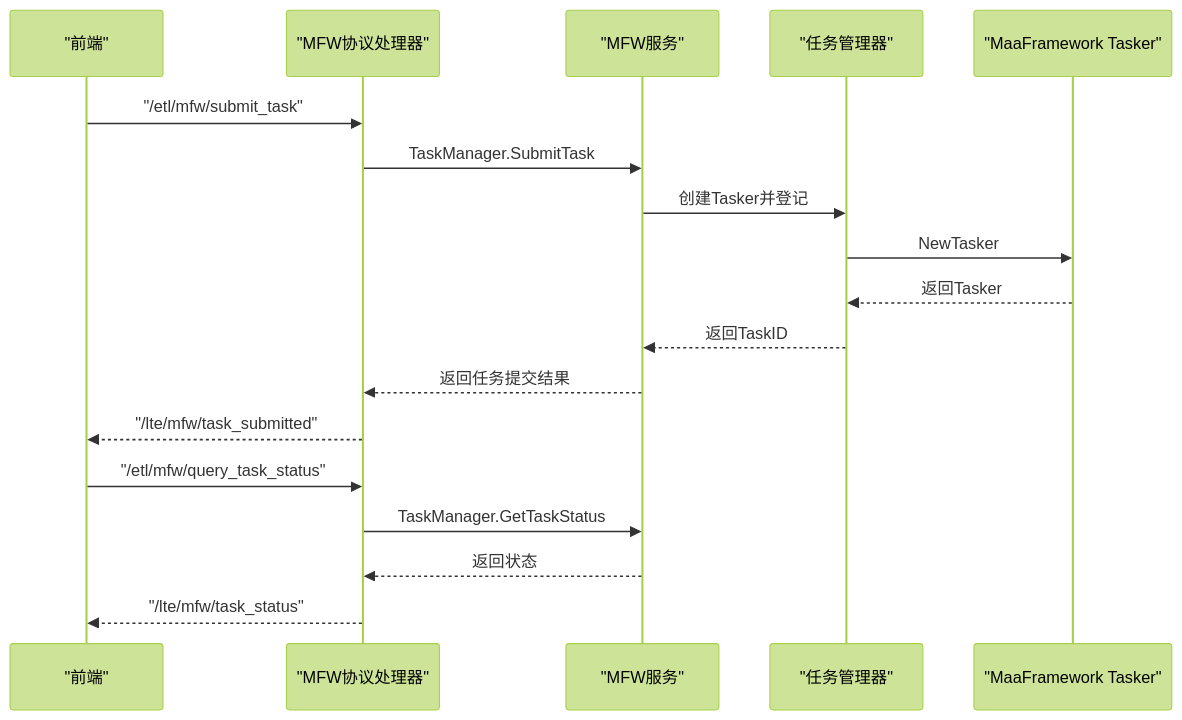
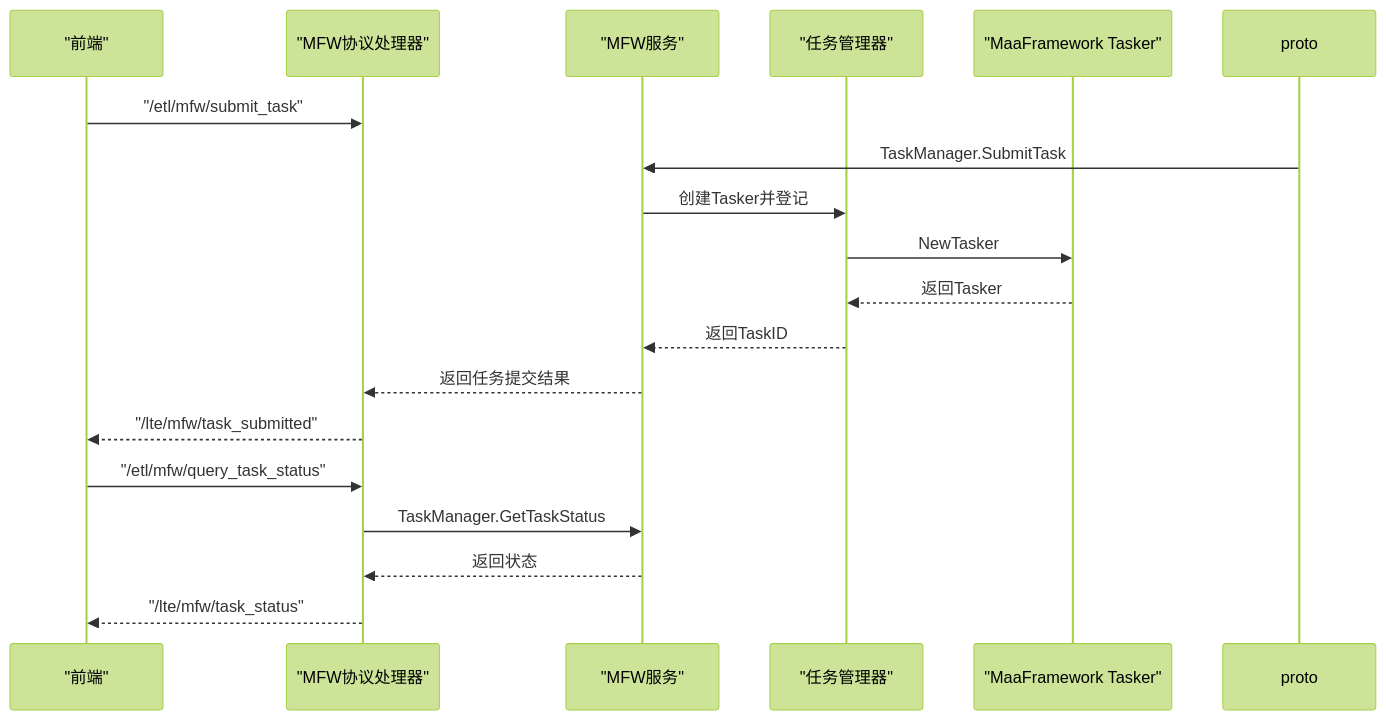
One commit to kqcoxn/MaaPipelineEditor changed the fifth of 9 diagrams in .qoder/repowiki/zh/content/核心概念/通信协议/MFW协议.md. Above: the diagram before and after it, drawn with Mermaid (forest theme). The commit also changed other lines of this file and 19 other files, not shown here.

````diff
--- a/.qoder/repowiki/zh/content/核心概念/通信协议/MFW协议.md
+++ b/.qoder/repowiki/zh/content/核心概念/通信协议/MFW协议.md
@@ -239,20 +271,20 @@
 ```mermaid
 sequenceDiagram
 participant FE as "前端"
 participant Proto as "MFW协议处理器"
 participant Svc as "MFW服务"
 participant TM as "任务管理器"
 participant FW as "MaaFramework Tasker"
 FE->>Proto : "/etl/mfw/submit_task"
-Proto->>Svc : TaskManager.SubmitTask
+proto->>Svc : TaskManager.SubmitTask
 Svc->>TM : 创建Tasker并登记
 TM->>FW : NewTasker
 FW-->>TM : 返回Tasker
 TM-->>Svc : 返回TaskID
 Svc-->>Proto : 返回任务提交结果
 Proto-->>FE : "/lte/mfw/task_submitted"
 FE->>Proto : "/etl/mfw/query_task_status"
 Proto->>Svc : TaskManager.GetTaskStatus
 Svc-->>Proto : 返回状态
 Proto-->>FE : "/lte/mfw/task_status"
 ```
````
